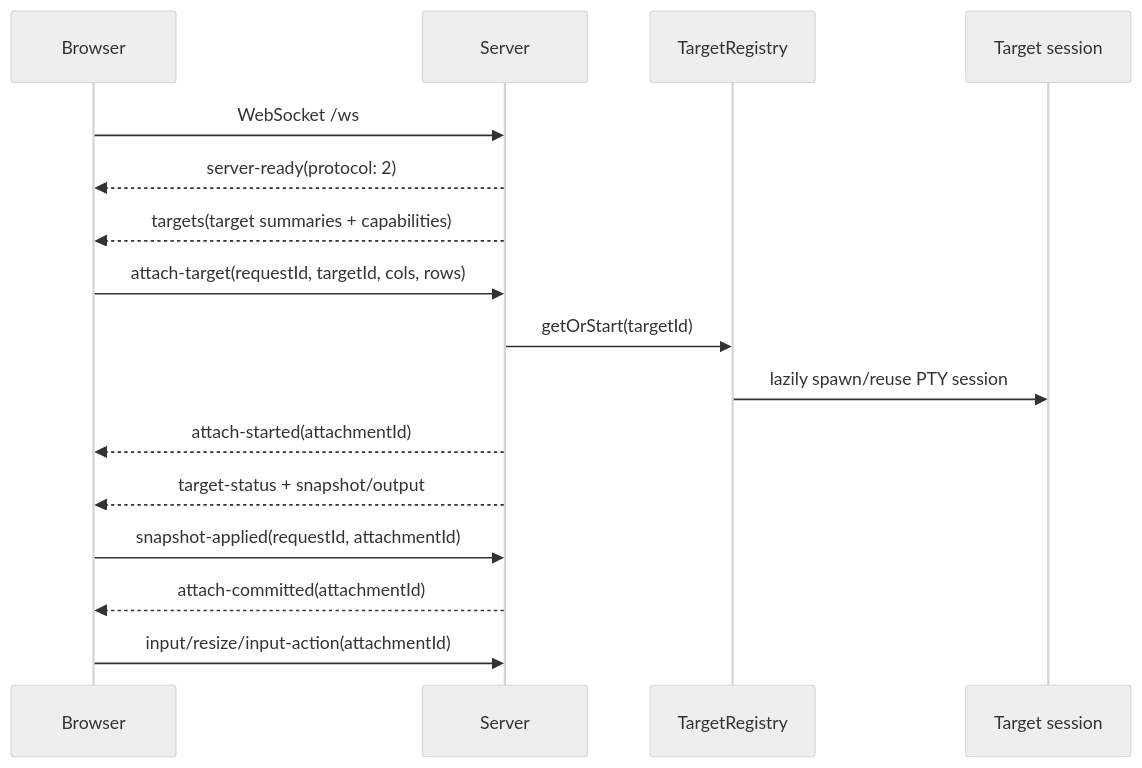
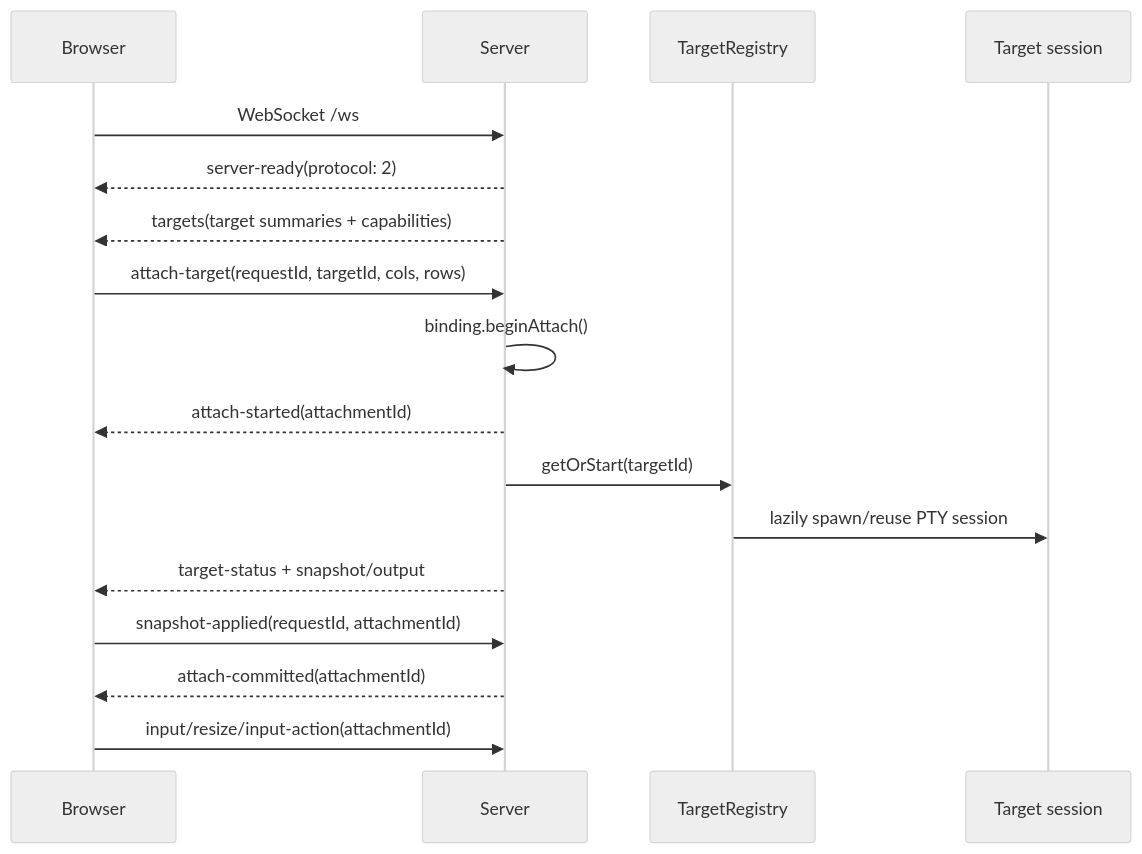
Before and after one commit to zlxlabs/herdweb: the diagram in docs/architecture/networking-and-websockets.md, drawn with Mermaid (neutral theme). The commit also changed other lines of this file and 4 other files, not shown here.

````diff
--- a/docs/architecture/networking-and-websockets.md
+++ b/docs/architecture/networking-and-websockets.md
@@ -16,19 +23,20 @@
 ```mermaid
 sequenceDiagram
     participant Browser
     participant Server
     participant Registry as TargetRegistry
     participant Session as Target session
 
     Browser->>Server: WebSocket /ws
     Server-->>Browser: server-ready(protocol: 2)
     Server-->>Browser: targets(target summaries + capabilities)
     Browser->>Server: attach-target(requestId, targetId, cols, rows)
+    Server->>Server: binding.beginAttach()
+    Server-->>Browser: attach-started(attachmentId)
     Server->>Registry: getOrStart(targetId)
     Registry->>Session: lazily spawn/reuse PTY session
-    Server-->>Browser: attach-started(attachmentId)
     Server-->>Browser: target-status + snapshot/output
     Browser->>Server: snapshot-applied(requestId, attachmentId)
     Server-->>Browser: attach-committed(attachmentId)
     Browser->>Server: input/resize/input-action(attachmentId)
 ```
````
